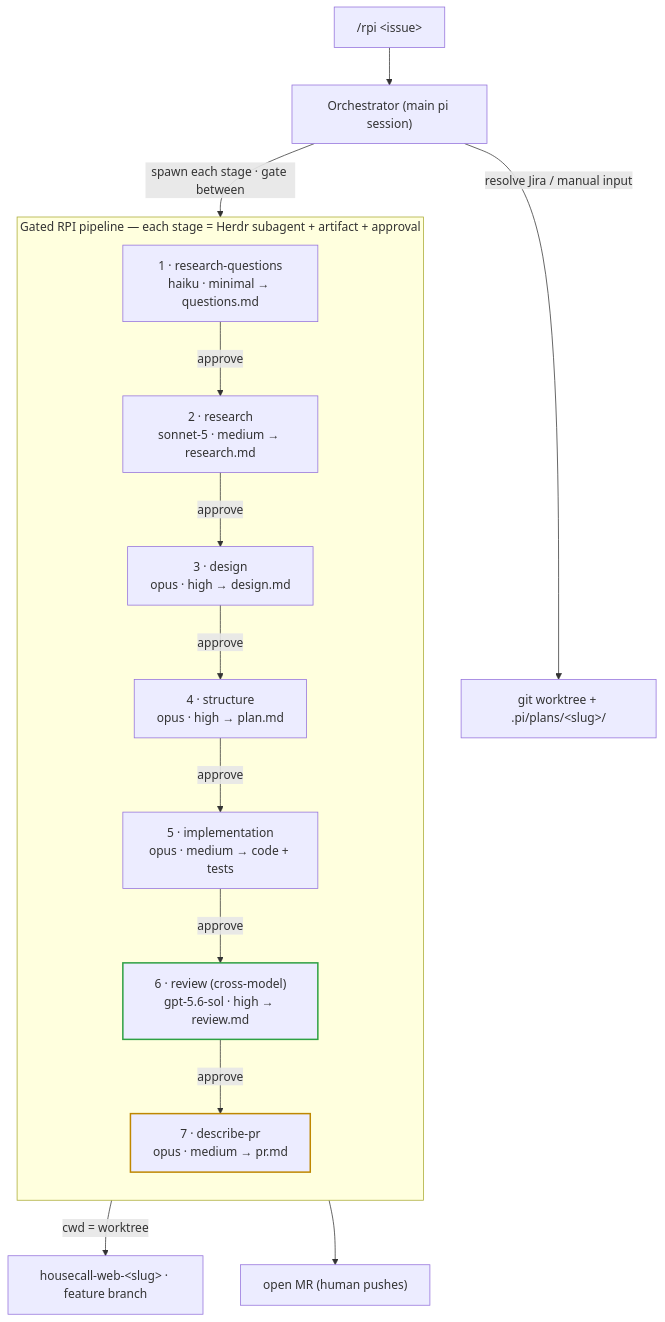
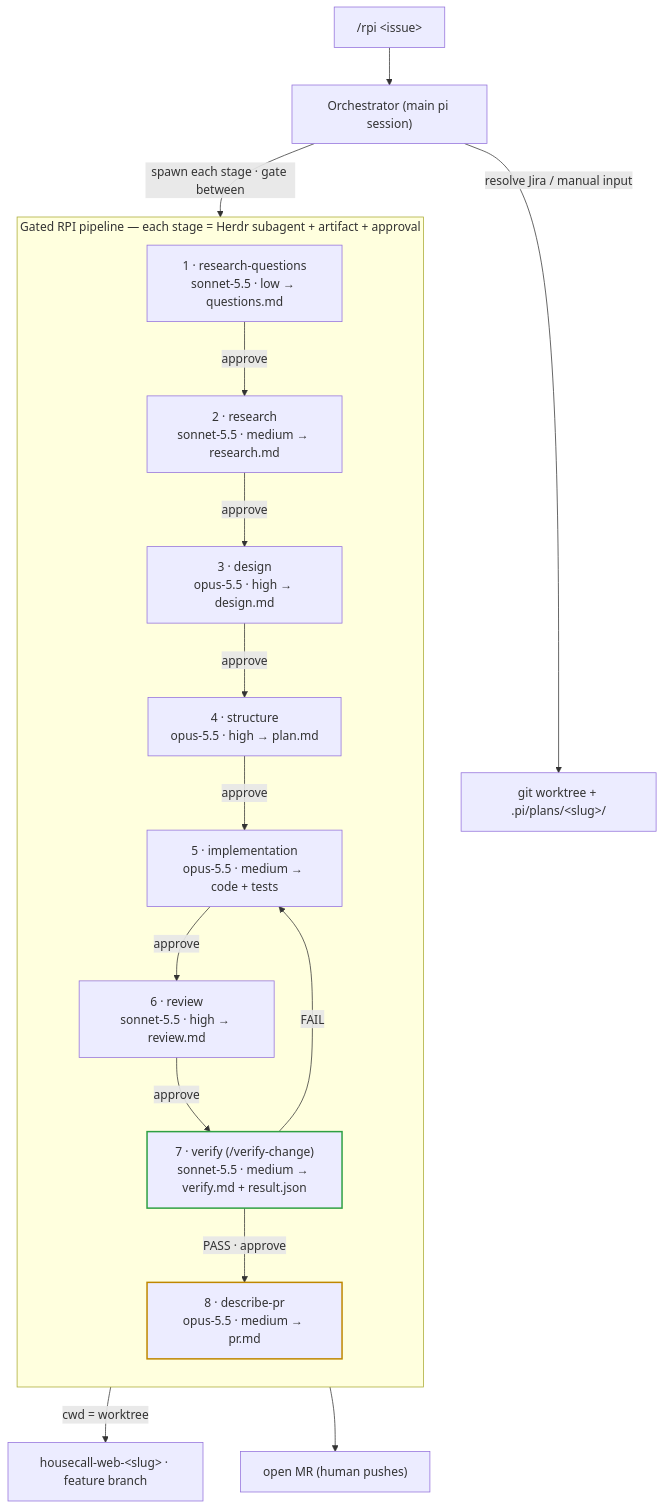
One commit to przytrzask/pi-rpi-workflow changed the diagram in README.md. Above: the diagram before and after it, drawn with Mermaid. The commit also changed other lines of this file and 11 other files, not shown here.

First line of the commit message:
feat: add browser verification stage (7) and move all stages to Sonnet/Opus 5.5

````diff
--- a/README.md
+++ b/README.md
@@ -11,24 +11,26 @@
 ```mermaid
 flowchart TB
     T["/rpi &lt;issue&gt;"] --> O["Orchestrator (main pi session)"]
     O -->|"resolve Jira / manual input"| SETUP["git worktree + .pi/plans/&lt;slug&gt;/"]
     O -->|"spawn each stage · gate between"| S1
 
     subgraph Pipeline["Gated RPI pipeline — each stage = Herdr subagent + artifact + approval"]
         direction TB
-        S1["1 · research-questions<br/>haiku · minimal → questions.md"]
-        S2["2 · research<br/>sonnet-5 · medium → research.md"]
-        S3["3 · design<br/>opus · high → design.md"]
-        S4["4 · structure<br/>opus · high → plan.md"]
-        S5["5 · implementation<br/>opus · medium → code + tests"]
-        S6["6 · review (cross-model)<br/>gpt-5.6-sol · high → review.md"]:::added
-        S7["7 · describe-pr<br/>opus · medium → pr.md"]:::changed
-        S1 -->|"approve"| S2 -->|"approve"| S3 -->|"approve"| S4 -->|"approve"| S5 -->|"approve"| S6 -->|"approve"| S7
+        S1["1 · research-questions<br/>sonnet-5.5 · low → questions.md"]
+        S2["2 · research<br/>sonnet-5.5 · medium → research.md"]
+        S3["3 · design<br/>opus-5.5 · high → design.md"]
+        S4["4 · structure<br/>opus-5.5 · high → plan.md"]
+        S5["5 · implementation<br/>opus-5.5 · medium → code + tests"]
+        S6["6 · review<br/>sonnet-5.5 · high → review.md"]
+        S7["7 · verify (/verify-change)<br/>sonnet-5.5 · medium → verify.md + result.json"]:::added
+        S8["8 · describe-pr<br/>opus-5.5 · medium → pr.md"]:::changed
+        S1 -->|"approve"| S2 -->|"approve"| S3 -->|"approve"| S4 -->|"approve"| S5 -->|"approve"| S6 -->|"approve"| S7 -->|"PASS · approve"| S8
+        S7 -->|"FAIL"| S5
     end
 
     S5 -->|"cwd = worktree"| WT["housecall-web-&lt;slug&gt; · feature branch"]
-    S7 --> MR["open MR (human pushes)"]
+    S8 --> MR["open MR (human pushes)"]
 
     classDef added stroke:#2ea043,stroke-width:2px
     classDef changed stroke:#bf8700,stroke-width:2px
 ```
````
